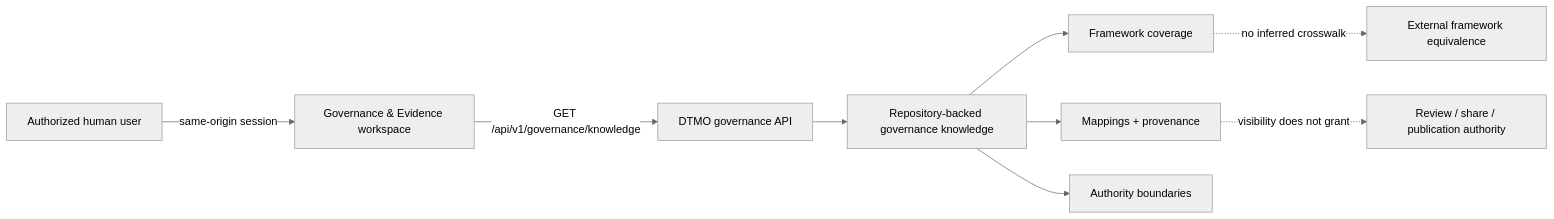
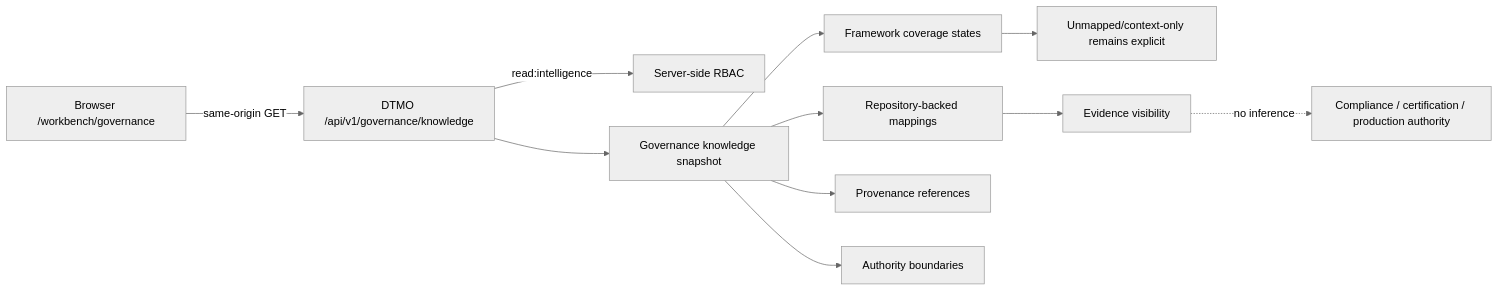
Before and after one commit to GJvManen/dtmo: the diagram in docs/architecture/PHASE11_10L_GOVERNANCE_EVIDENCE.md, drawn with Mermaid (neutral theme). The commit also changed other lines of this file, not shown here.

Commit message:
docs: finalize Phase 11.10l governance architecture

````diff
--- a/docs/architecture/PHASE11_10L_GOVERNANCE_EVIDENCE.md
+++ b/docs/architecture/PHASE11_10L_GOVERNANCE_EVIDENCE.md
@@ -7,11 +9,13 @@
 ```mermaid
 flowchart LR
-    U[Authorized human user] -->|same-origin session| W[Governance & Evidence workspace]
-    W -->|GET /api/v1/governance/knowledge| A[DTMO governance API]
-    A --> K[Repository-backed governance knowledge]
-    K --> F[Framework coverage]
-    K --> M[Mappings + provenance]
-    K --> B[Authority boundaries]
-    F -. no inferred crosswalk .-> X[External framework equivalence]
-    M -. visibility does not grant .-> P[Review / share / publication authority]
+    B[Browser /workbench/governance] -->|same-origin GET| D[DTMO /api/v1/governance/knowledge]
+    D -->|read:intelligence| R[Server-side RBAC]
+    D --> K[Governance knowledge snapshot]
+    K --> F[Framework coverage states]
+    K --> M[Repository-backed mappings]
+    K --> P[Provenance references]
+    K --> A[Authority boundaries]
+    F --> U[Unmapped/context-only remains explicit]
+    M --> E[Evidence visibility]
+    E -. no inference .-> X[Compliance / certification / production authority]
 ```
````
